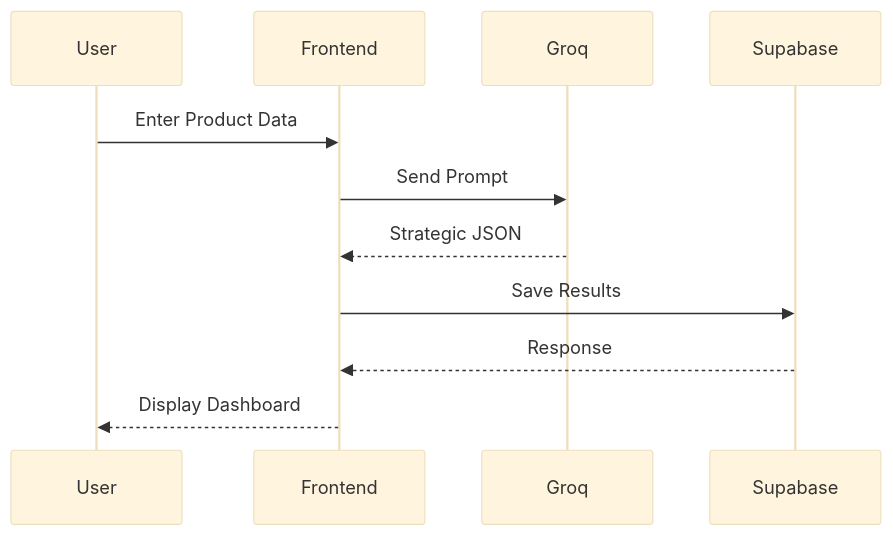
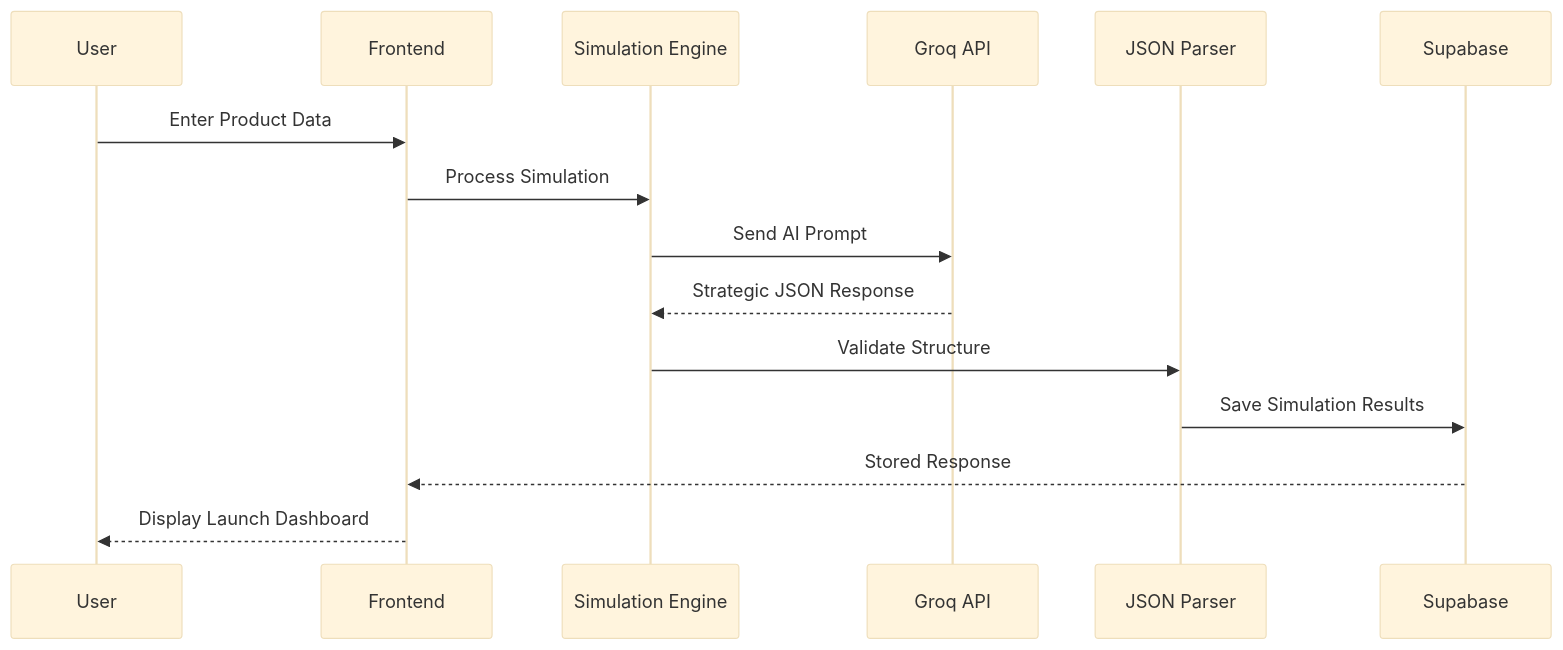
The second of 2 diagrams in architecture/system-design.md (AYUSHKUMARSAHOO04/launchiq.ai), drawn with Mermaid (base theme) before and after one commit. The commit also changed other lines of this file, not shown here.

First line of the commit message:
Revise system architecture documentation

````diff
--- a/architecture/system-design.md
+++ b/architecture/system-design.md
@@ -42,10 +118,19 @@
 ```mermaid
 sequenceDiagram
 
 User->>Frontend: Enter Product Data
-Frontend->>Groq: Send Prompt
-Groq-->>Frontend: Strategic JSON
-Frontend->>Supabase: Save Results
-Supabase-->>Frontend: Response
-Frontend-->>User: Display Dashboard
+
+Frontend->>Simulation Engine: Process Simulation
+
+Simulation Engine->>Groq API: Send AI Prompt
+
+Groq API-->>Simulation Engine: Strategic JSON Response
+
+Simulation Engine->>JSON Parser: Validate Structure
+
+JSON Parser->>Supabase: Save Simulation Results
+
+Supabase-->>Frontend: Stored Response
+
+Frontend-->>User: Display Launch Dashboard
 ```
````
